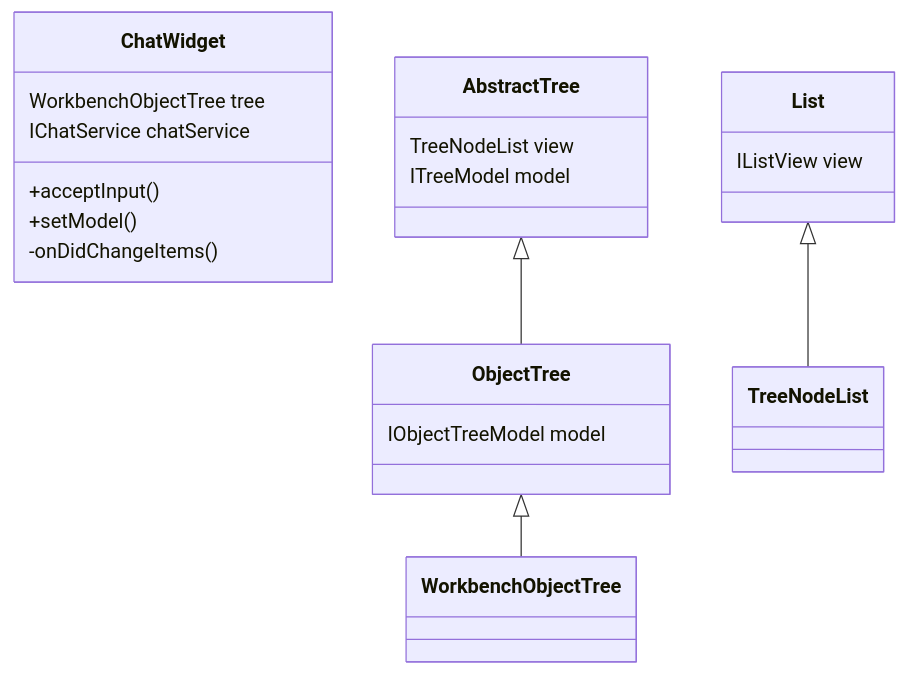
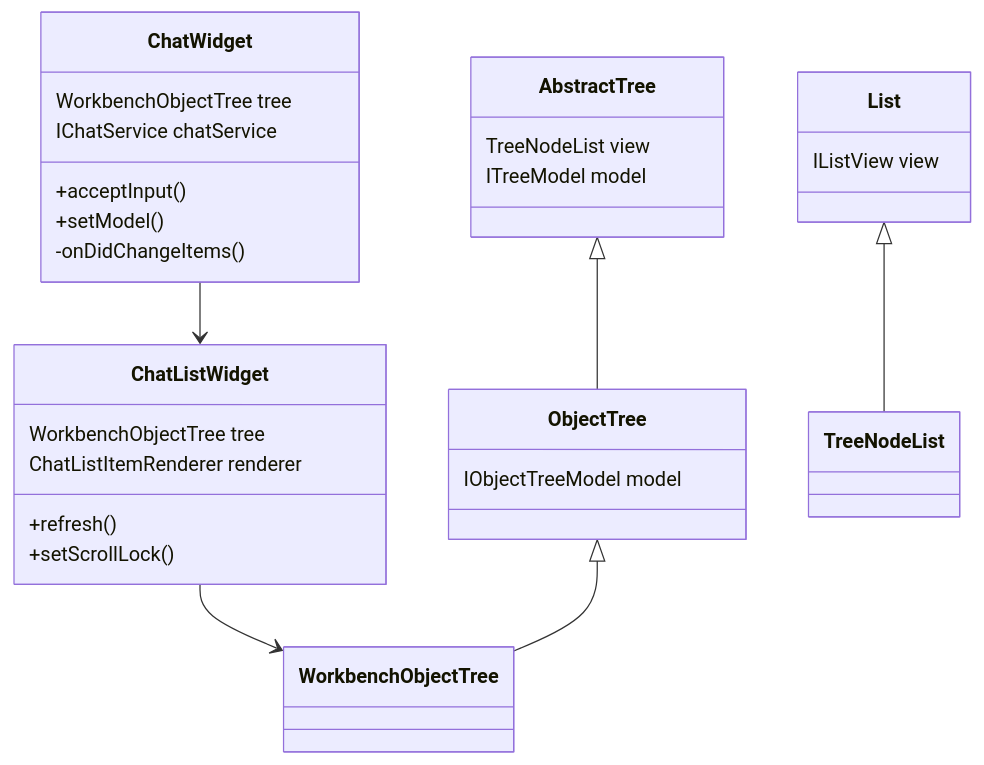
One commit to tamuratak/vscode changed the first of 5 diagrams in living_doc/chatwidget.md. Above: the diagram before and after it, drawn with Mermaid. The commit also changed other lines of this file, not shown here.

Commit message:
Refactor ChatWidget to delegate rendering responsibilities to ChatListWidget, enhancing structure and event handling

````diff
--- a/living_doc/chatwidget.md
+++ b/living_doc/chatwidget.md
@@ -10,29 +11,37 @@
 ```mermaid
 classDiagram
 
 class ChatWidget {
   WorkbenchObjectTree tree
   IChatService chatService
   +acceptInput()
   +setModel()
   -onDidChangeItems()
 }
 
+class ChatListWidget {
+  WorkbenchObjectTree tree
+  ChatListItemRenderer renderer
+  +refresh()
+  +setScrollLock()
+}
 class WorkbenchObjectTree
 class ObjectTree {
   IObjectTreeModel model
 }
 class AbstractTree {
   TreeNodeList view
   ITreeModel model
 }
 class TreeNodeList
 class List {
   IListView view
 }
 interface IListView
 
+ChatWidget --> ChatListWidget
+ChatListWidget --> WorkbenchObjectTree
 AbstractTree <|-- ObjectTree
 ObjectTree <|-- WorkbenchObjectTree
 List <|-- TreeNodeList
 ```
````
